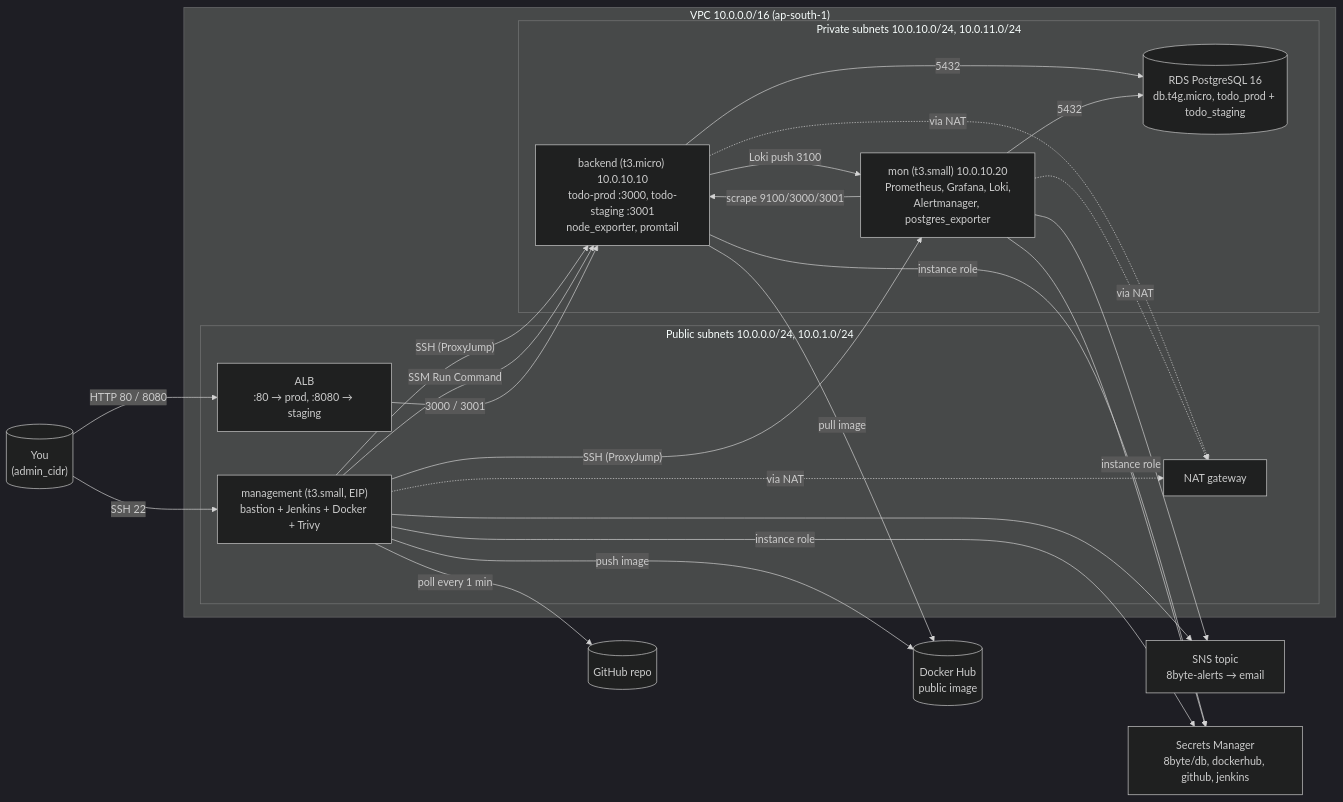
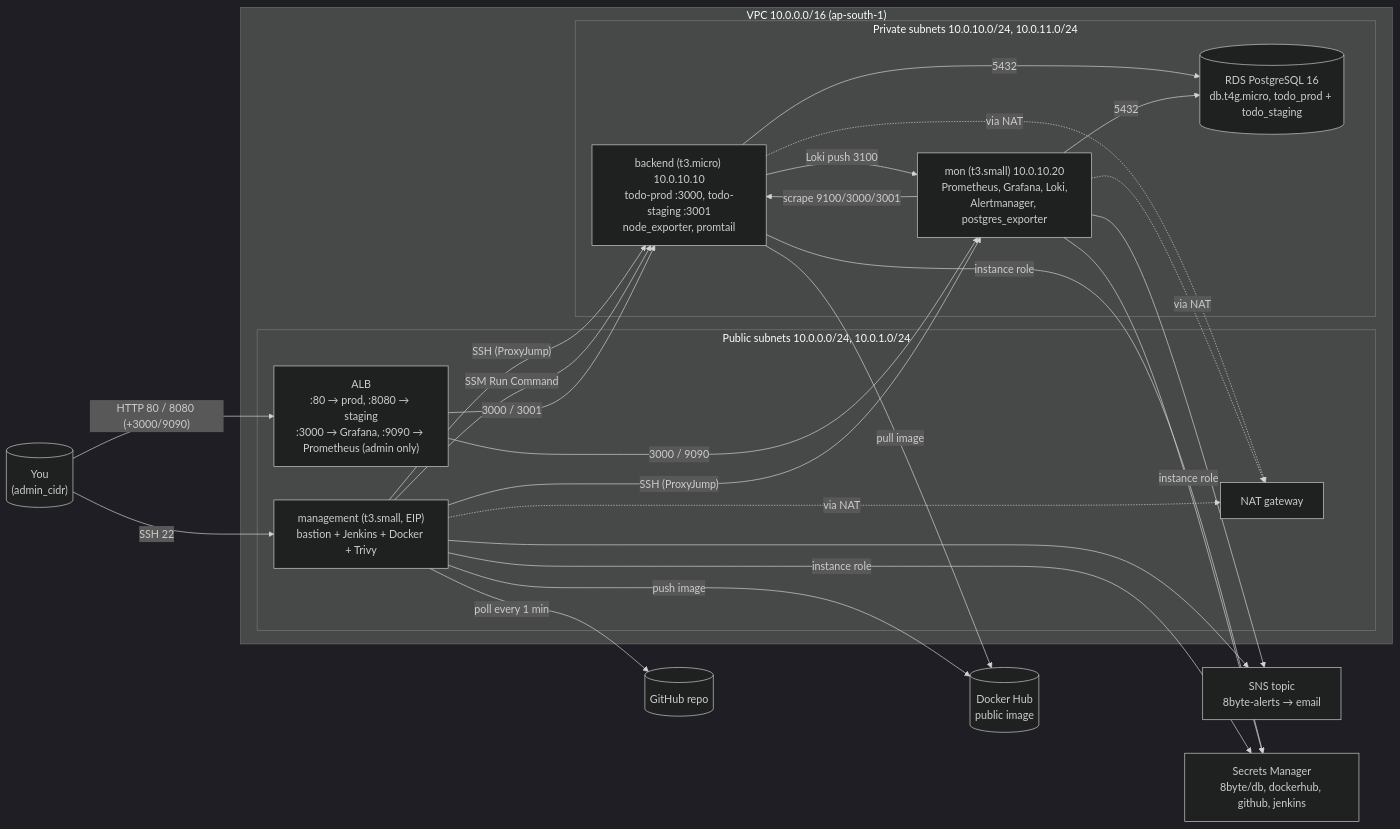
The diagram in README.md (revtron/8byte-devops-assignment), drawn with Mermaid (dark theme) before and after one commit. The commit also changed other lines of this file and 6 other files, not shown here.

First line of the commit message:
feat(monitoring): publish Grafana (:3000) and Prometheus (:9090) through the ALB

````diff
--- a/README.md
+++ b/README.md
@@ -21,36 +21,37 @@
 ```mermaid
 flowchart LR
   dev[("You<br/>(admin_cidr)")]
   gh[("GitHub repo")]
   hub[("Docker Hub<br/>public image")]
   sns["SNS topic<br/>8byte-alerts → email"]
   sm["Secrets Manager<br/>8byte/db, dockerhub, github, jenkins"]
 
   subgraph vpc["VPC 10.0.0.0/16 (ap-south-1)"]
     subgraph pub["Public subnets 10.0.0.0/24, 10.0.1.0/24"]
-      alb["ALB<br/>:80 → prod, :8080 → staging"]
+      alb["ALB<br/>:80 → prod, :8080 → staging<br/>:3000 → Grafana, :9090 → Prometheus (admin only)"]
       mgmt["management (t3.small, EIP)<br/>bastion + Jenkins + Docker + Trivy"]
       nat["NAT gateway"]
     end
     subgraph priv["Private subnets 10.0.10.0/24, 10.0.11.0/24"]
       be["backend (t3.micro) 10.0.10.10<br/>todo-prod :3000, todo-staging :3001<br/>node_exporter, promtail"]
       mon["mon (t3.small) 10.0.10.20<br/>Prometheus, Grafana, Loki,<br/>Alertmanager, postgres_exporter"]
       rds[("RDS PostgreSQL 16<br/>db.t4g.micro, todo_prod + todo_staging")]
     end
   end
 
   dev -- "SSH 22" --> mgmt
-  dev -- "HTTP 80 / 8080" --> alb
+  dev -- "HTTP 80 / 8080 (+3000/9090)" --> alb
+  alb -- "3000 / 9090" --> mon
   mgmt -- "SSH (ProxyJump)" --> be & mon
   mgmt -- "SSM Run Command" --> be
   alb -- "3000 / 3001" --> be
   be & mon -- "5432" --> rds
   mon -- "scrape 9100/3000/3001" --> be
   be -- "Loki push 3100" --> mon
   be & mon & mgmt -. "via NAT" .-> nat
   mgmt -- "poll every 1 min" --> gh
   mgmt -- "push image" --> hub
   be -- "pull image" --> hub
   mgmt & mon --> sns
   mgmt & be & mon -- "instance role" --> sm
 ```
````
